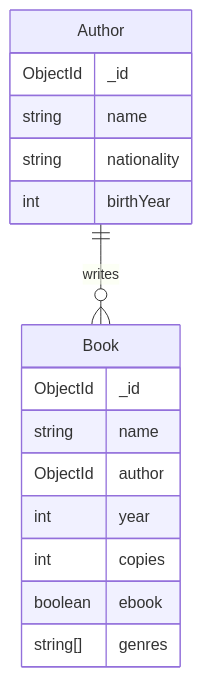
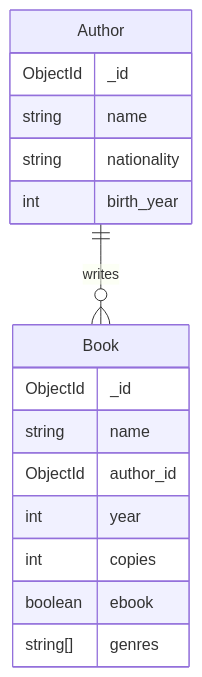
Before and after one commit to Kaltsoon/nosql: the diagram in material/3-mongo-operations.md, drawn with Mermaid. The commit also changed other lines of this file, not shown here.

````diff
--- a/material/3-mongo-operations.md
+++ b/material/3-mongo-operations.md
@@ -100,21 +100,21 @@
 ```mermaid
 erDiagram
     Author ||--o{ Book : writes
 
     Author {
         ObjectId _id
         string name
         string nationality
-        int birthYear
+        int birth_year
     }
 
     Book {
         ObjectId _id
         string name
-        ObjectId author
+        ObjectId author_id
         int year
         int copies
         boolean ebook
         string[] genres
     }
 ```
````
